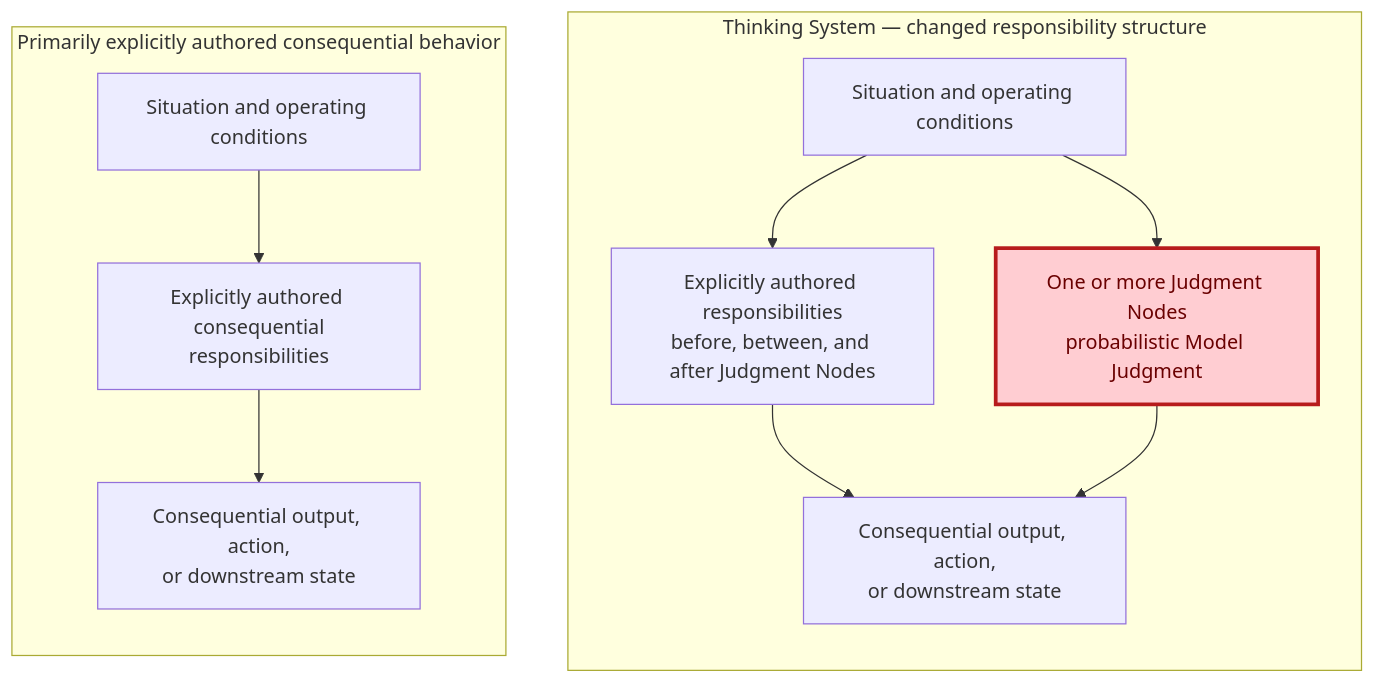
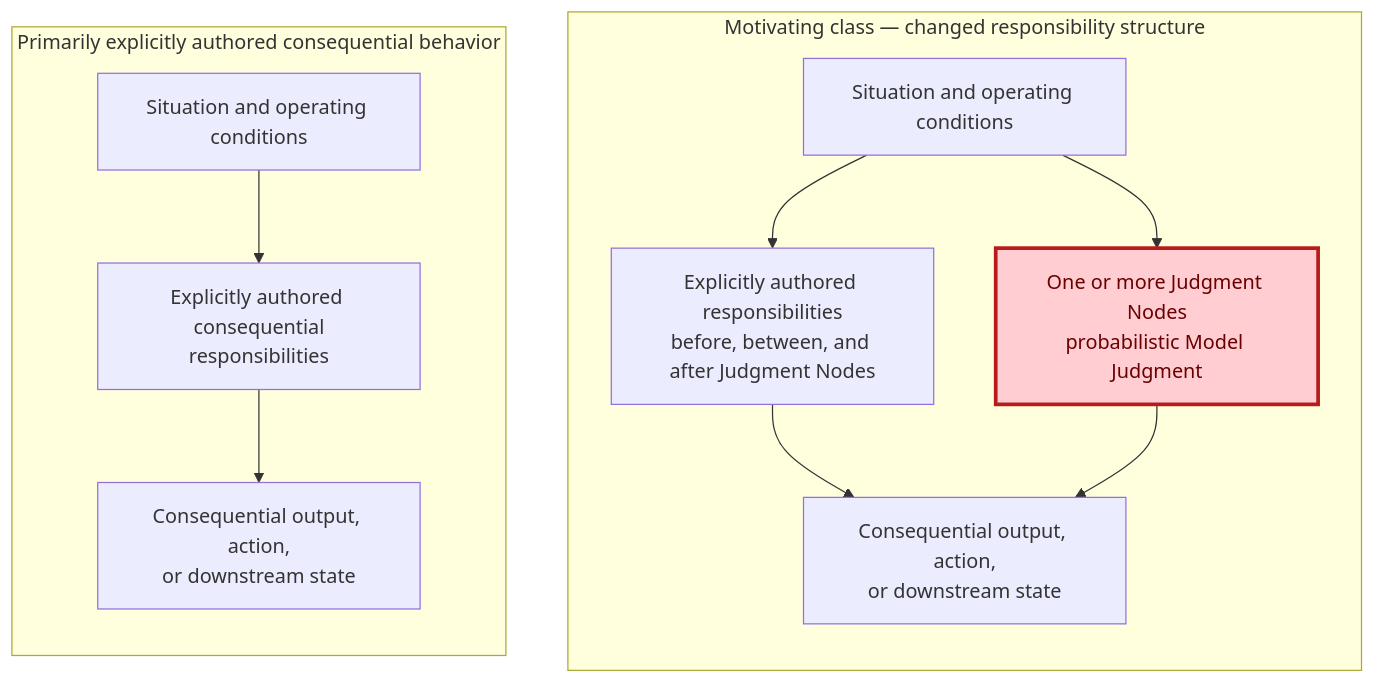
Before and after one commit to UncertaintyArchitectureGroup/uncertainty-architecture: the third of 8 diagrams in content/research/notes/thinking-systems-publication-draft.md, drawn with Mermaid. The commit also changed other lines of this file and 17 other files, not shown here.

````diff
--- a/content/research/notes/thinking-systems-publication-draft.md
+++ b/content/research/notes/thinking-systems-publication-draft.md
@@ -184,25 +186,25 @@
 ```mermaid
 flowchart LR
     subgraph A["Primarily explicitly authored consequential behavior"]
         direction TB
         A1["Situation and operating conditions"]
         A2["Explicitly authored consequential<br/>responsibilities"]
         A3["Consequential output, action,<br/>or downstream state"]
         A1 --> A2 --> A3
     end
 
-    subgraph B["Thinking System — changed responsibility structure"]
+    subgraph B["Motivating class — changed responsibility structure"]
         direction TB
         B1["Situation and operating conditions"]
         B2["Explicitly authored responsibilities<br/>before, between, and after Judgment Nodes"]
         J1["One or more Judgment Nodes<br/>probabilistic Model Judgment"]
         B3["Consequential output, action,<br/>or downstream state"]
         B1 --> B2 --> B3
         B1 --> J1 --> B3
     end
 
     A2 ~~~ J1
 
     classDef judgment fill:#ffcdd2,stroke:#b71c1c,stroke-width:3px,color:#6a0000;
     class J1 judgment;
 ```
````
